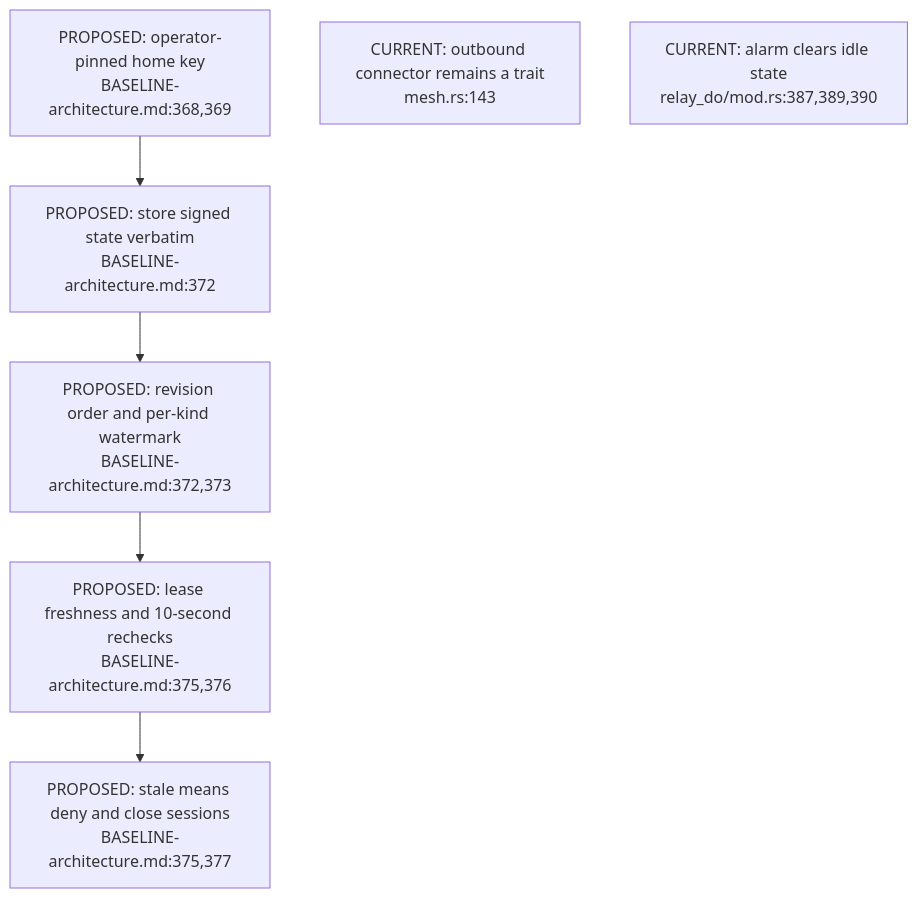
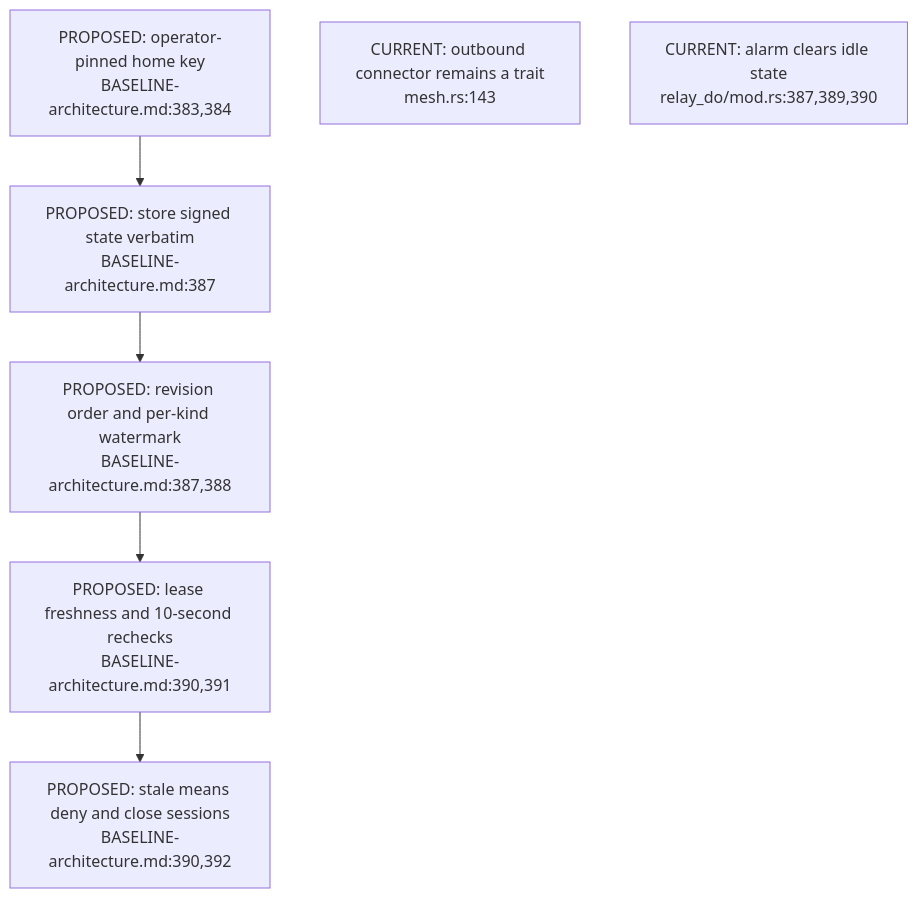
The second of 3 diagrams in docs/diagrams/nostr-rust-forum/14-proposed-group-replication-and-spaces.md (DreamLab-AI/VisionFlow), drawn with Mermaid before and after one commit. The commit also changed other lines of this file and 10 other files, not shown here.

First line of the commit message:
diagrams(nostr-rust-forum): re-verify NF-13/14/17/18/20/21/22/24/26/27/28 at kit 4a73a7a

````diff
--- a/docs/diagrams/nostr-rust-forum/14-proposed-group-replication-and-spaces.md
+++ b/docs/diagrams/nostr-rust-forum/14-proposed-group-replication-and-spaces.md
@@ -39,9 +39,9 @@
 ```mermaid
 flowchart TD
-    PIN["PROPOSED: operator-pinned home key<br/>BASELINE-architecture.md:368,369"] --> COPY["PROPOSED: store signed state verbatim<br/>BASELINE-architecture.md:372"]
-    COPY --> ORDER["PROPOSED: revision order and per-kind watermark<br/>BASELINE-architecture.md:372,373"]
-    ORDER --> FRESH["PROPOSED: lease freshness and 10-second rechecks<br/>BASELINE-architecture.md:375,376"]
-    FRESH --> DENY["PROPOSED: stale means deny and close sessions<br/>BASELINE-architecture.md:375,377"]
+    PIN["PROPOSED: operator-pinned home key<br/>BASELINE-architecture.md:383,384"] --> COPY["PROPOSED: store signed state verbatim<br/>BASELINE-architecture.md:387"]
+    COPY --> ORDER["PROPOSED: revision order and per-kind watermark<br/>BASELINE-architecture.md:387,388"]
+    ORDER --> FRESH["PROPOSED: lease freshness and 10-second rechecks<br/>BASELINE-architecture.md:390,391"]
+    FRESH --> DENY["PROPOSED: stale means deny and close sessions<br/>BASELINE-architecture.md:390,392"]
     GAP["CURRENT: outbound connector remains a trait<br/>mesh.rs:143"]
     ALARM["CURRENT: alarm clears idle state<br/>relay_do/mod.rs:387,389,390"]
 ```
````
